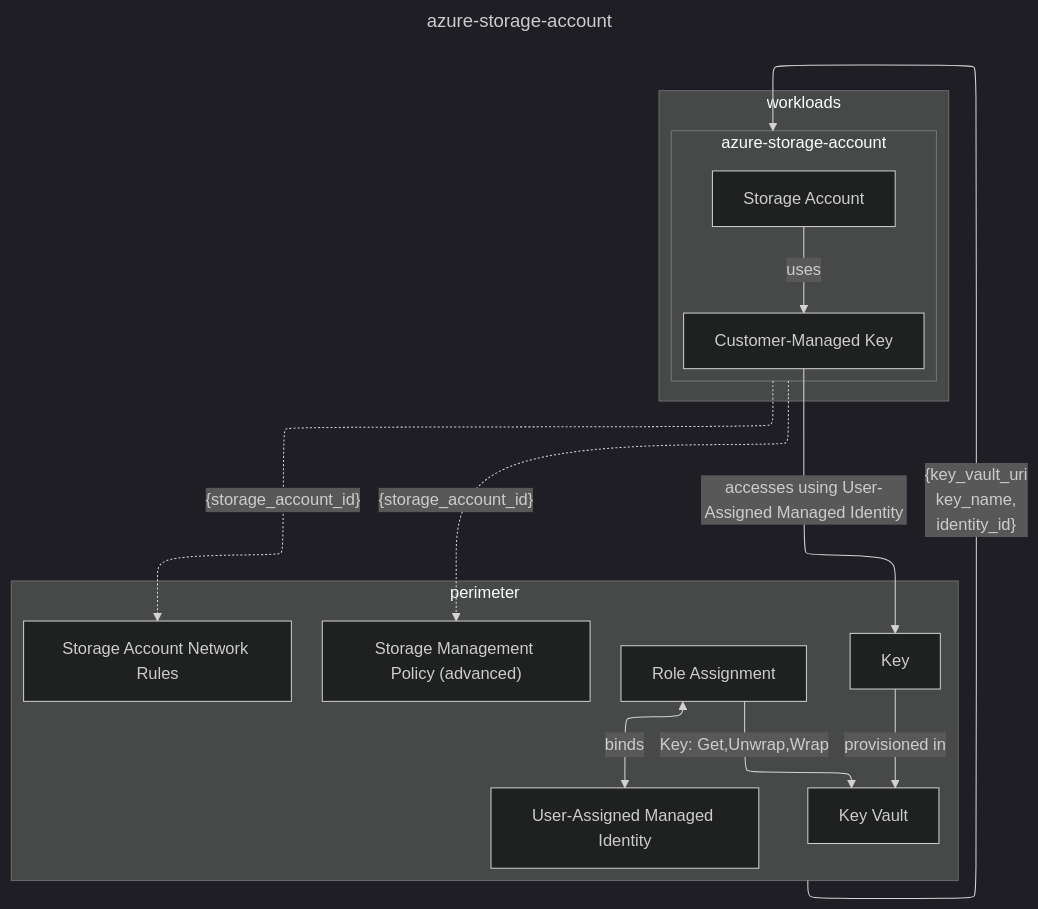
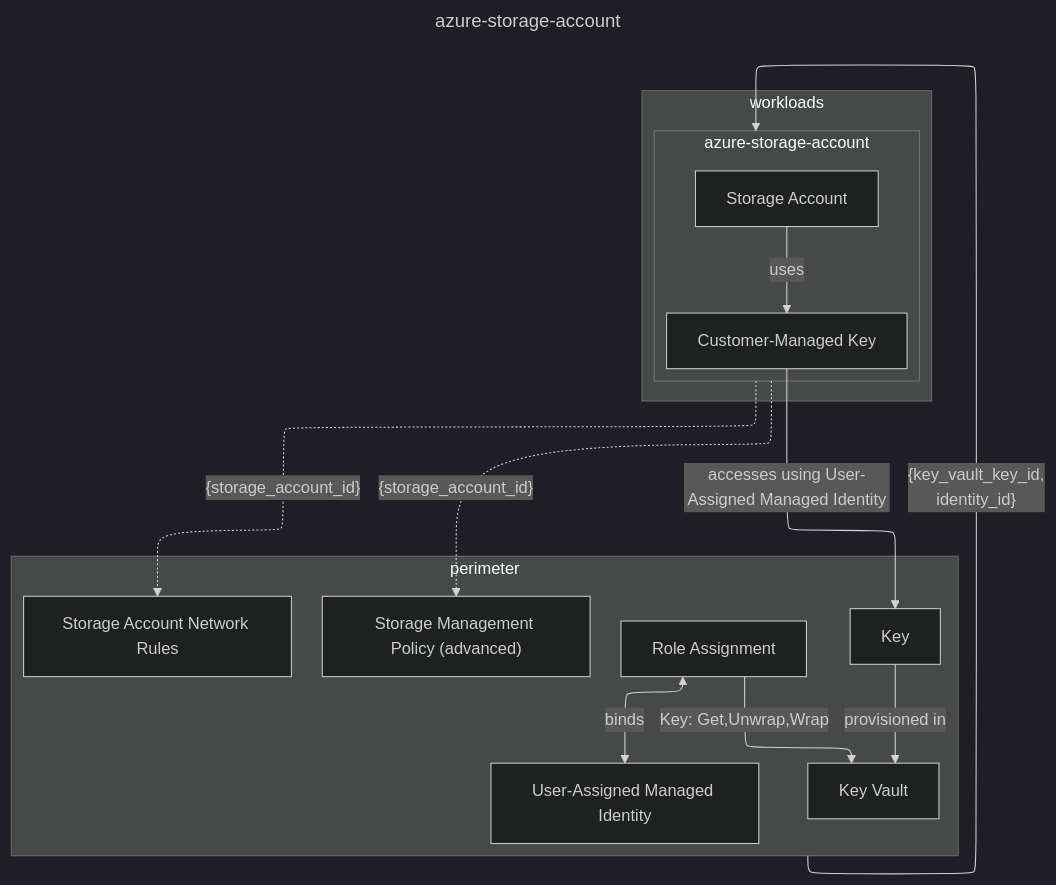
One commit to Unique-AG/terraform-modules changed the diagram in modules/azure-storage-account/README.md. Above: the diagram before and after it, drawn with Mermaid (dark theme). The commit also changed other lines of this file and 7 other files, not shown here.

First line of the commit message:
fix(azure/storage-account): deprecation warning key_vault_id (#204)

````diff
--- a/modules/azure-storage-account/README.md
+++ b/modules/azure-storage-account/README.md
@@ -4,27 +4,27 @@
 ```mermaid
 ---
 title: azure-storage-account
 config:
     layout: elk
 ---
 graph TD
     subgraph perimeter
         K[Key] -->|provisioned in| KV[Key Vault]
         RA[Role Assignment] <-->|binds| UAMI[User-Assigned Managed Identity]
         RA -->|"Key: Get,Unwrap,Wrap"| KV
         SANR[Storage Account Network Rules]
         SMP["Storage Management Policy (advanced)"]
     end
     subgraph workloads
         subgraph module["azure-storage-account"]
             SA[Storage Account]
             CMK[Customer-Managed Key]
             CMK[Customer-Managed Key]
             SA -->|uses| CMK
         end
     end
     module -.->|"{storage_account_id}"| SANR
     module -.->|"{storage_account_id}"| SMP
-    perimeter -->|"{key_vault_uri<br/>key_name,<br/>identity_id}"| module
+    perimeter -->|"{key_vault_key_id,<br/>identity_id}"| module
     CMK -->|accesses using User-Assigned Managed Identity| K
 ```
````
